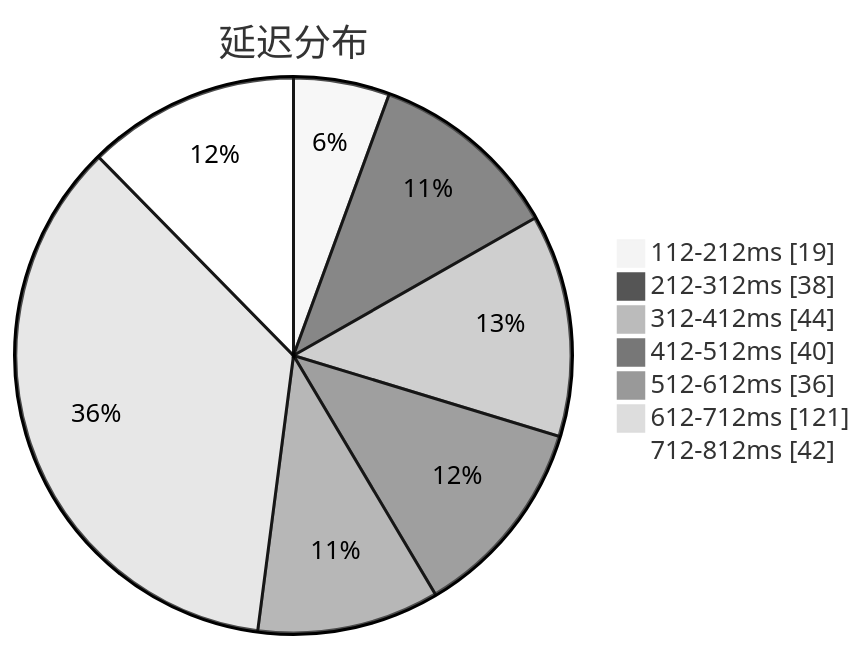
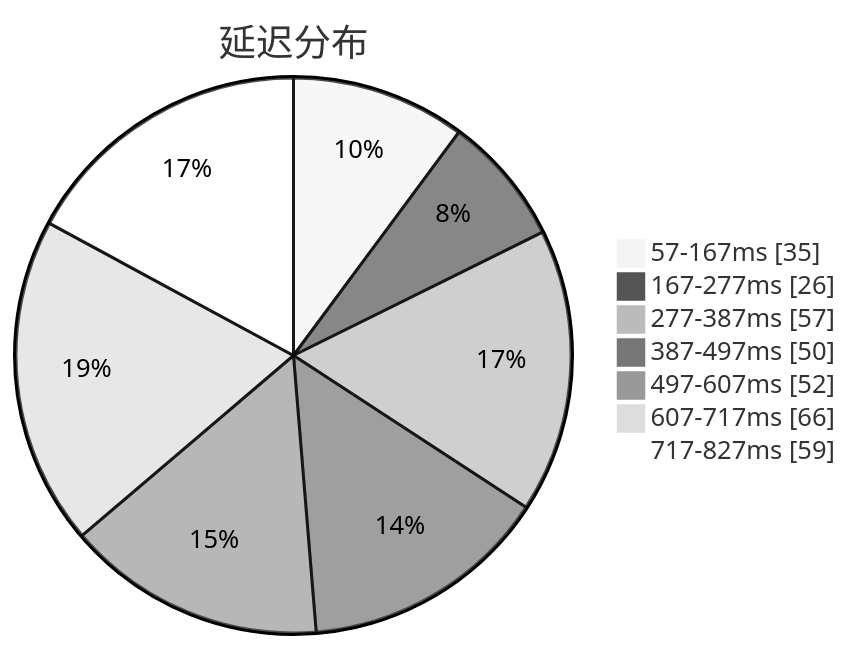
Before and after one commit to sinspired/airport: the first of 3 diagrams in subs/statistics/tested_within.md, drawn with Mermaid (neutral theme). The commit also changed other lines of this file and 2 other files, not shown here.

````diff
--- a/subs/statistics/tested_within.md
+++ b/subs/statistics/tested_within.md
@@ -2,11 +2,11 @@
 ```mermaid
 pie showData
 title 延迟分布
-"112-212ms" : 19
-"212-312ms" : 38
-"312-412ms" : 44
-"412-512ms" : 40
-"512-612ms" : 36
-"612-712ms" : 121
-"712-812ms" : 42
+"57-167ms" : 35
+"167-277ms" : 26
+"277-387ms" : 57
+"387-497ms" : 50
+"497-607ms" : 52
+"607-717ms" : 66
+"717-827ms" : 59
 ```
````
